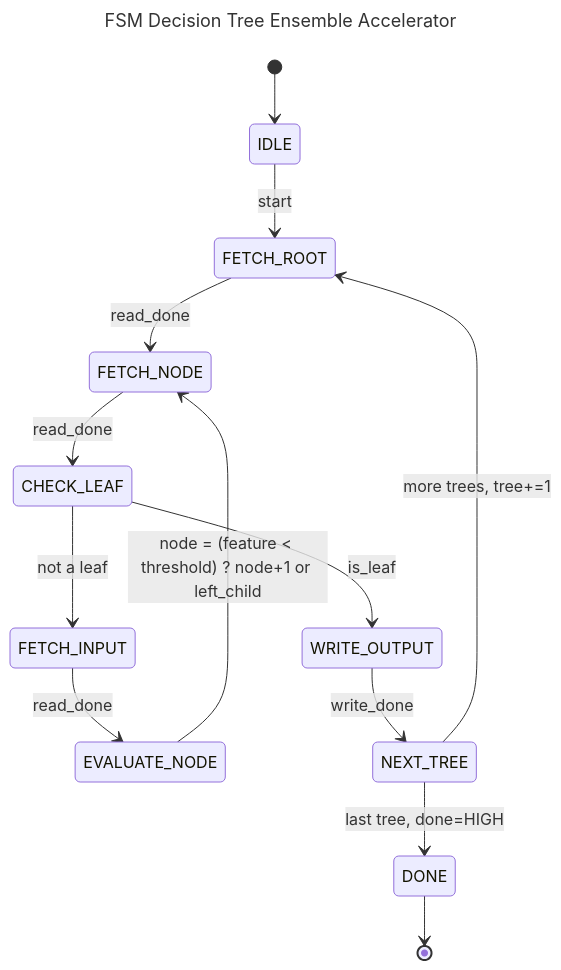
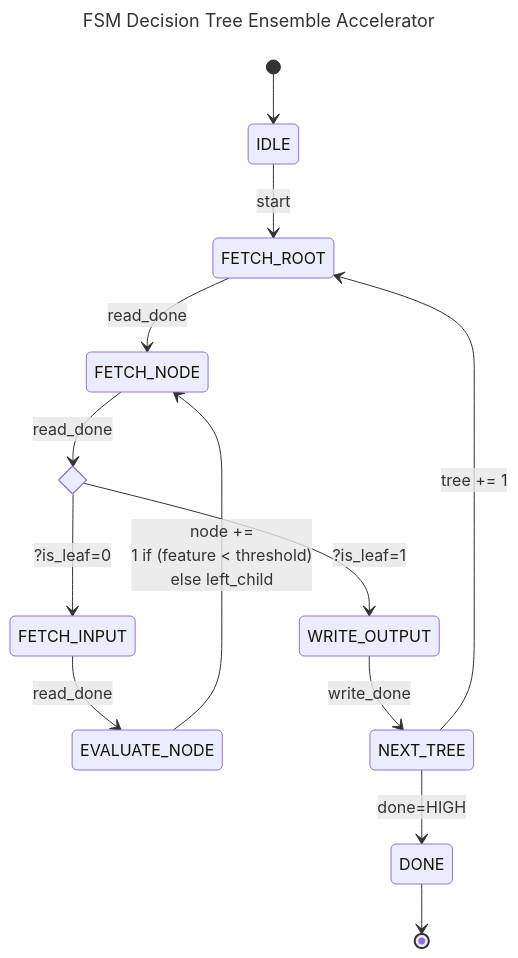
Before and after one commit to jonnor/embeddedml: the diagram in projects/hwtrees/doc/ensemble_fsm.mermaid, drawn with Mermaid. The commit also changed 4 other files, not shown here.

```diff
--- a/projects/hwtrees/doc/ensemble_fsm.mermaid
+++ b/projects/hwtrees/doc/ensemble_fsm.mermaid
@@ -1,16 +1,18 @@
 ---
 title: FSM Decision Tree Ensemble Accelerator
 ---
-stateDiagram-v2
+stateDiagram
+
     [*] --> IDLE
     IDLE --> FETCH_ROOT : start
     FETCH_ROOT --> FETCH_NODE : read_done
+    state CHECK_LEAF <<choice>>
     FETCH_NODE --> CHECK_LEAF : read_done
-    CHECK_LEAF --> WRITE_OUTPUT : is_leaf
-    CHECK_LEAF --> FETCH_INPUT : not a leaf
+    CHECK_LEAF --> WRITE_OUTPUT : ?is_leaf=1
+    CHECK_LEAF --> FETCH_INPUT : ?is_leaf=0
     FETCH_INPUT --> EVALUATE_NODE : read_done
-    EVALUATE_NODE --> FETCH_NODE : node = (feature < threshold) ? node+1 or left_child
+    EVALUATE_NODE --> FETCH_NODE : node += <br/>1 if (feature < threshold) <br/>else left_child
     WRITE_OUTPUT --> NEXT_TREE : write_done
-    NEXT_TREE --> FETCH_ROOT : more trees, tree+=1
-    NEXT_TREE --> DONE : last tree, done=HIGH
+    NEXT_TREE --> FETCH_ROOT : tree += 1
+    NEXT_TREE --> DONE : done=HIGH
     DONE --> [*]
```
